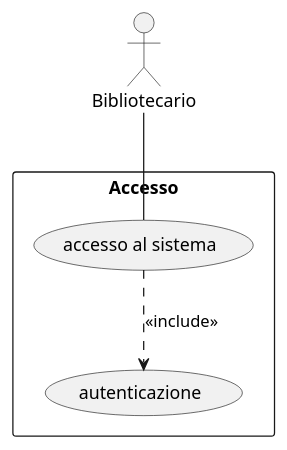
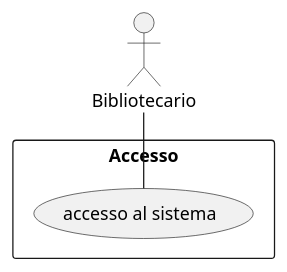
The diagram in AnalisiRequisiti/UseCaseDiagramsCode/AccessoSistema.wsd (amalinconico6-cpu/Biblioteca_universitaria_10), drawn with PlantUML before and after one commit.

Commit message:
Riorganizzazione

```diff
--- a/AnalisiRequisiti/UseCaseDiagramsCode/AccessoSistema.wsd
+++ b/AnalisiRequisiti/UseCaseDiagramsCode/AccessoSistema.wsd
@@ -1,11 +1,9 @@
 @startuml AccessoSistema
 scale 1
 top to bottom direction
 actor Bibliotecario as b
 rectangle Accesso{
     usecase "accesso al sistema" as uc1
-    usecase "autenticazione" as uc2
 }
 b--uc1
-uc1 ..>uc2:<<include>>
 @enduml
```
